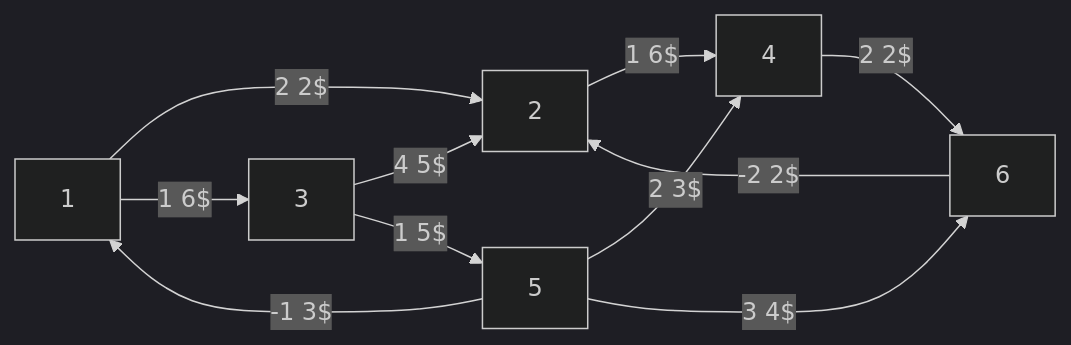
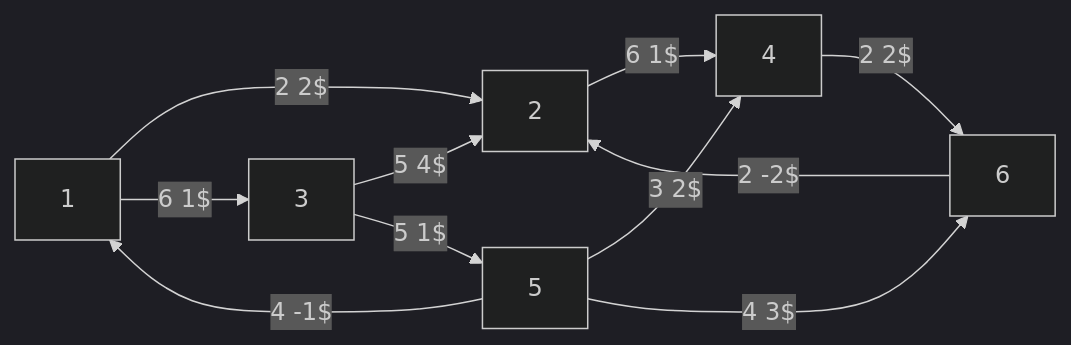
Before and after one commit to SuperSamus/appunti-universitari: the first of 2 diagrams in Ricerca operativa/Problemi di ottimizzazione/Esempi/Esempio ottimizzazione flusso di costo minimo.md, drawn with Mermaid (dark theme). The commit also changed other lines of this file, not shown here.

````diff
--- a/Ricerca operativa/Problemi di ottimizzazione/Esempi/Esempio ottimizzazione flusso di costo minimo.md
+++ b/Ricerca operativa/Problemi di ottimizzazione/Esempi/Esempio ottimizzazione flusso di costo minimo.md
@@ -5,13 +5,13 @@
 ```mermaid
 flowchart LR
 1 --> |2 2$| 2
-1 --> |1 6$| 3
-3 --> |4 5$| 2
-3 --> |1 5$| 5
-2 --> |1 6$| 4
-5 --> |2 3$| 4
+1 --> |6 1$| 3
+3 --> |5 4$| 2
+3 --> |5 1$| 5
+2 --> |6 1$| 4
+5 --> |3 2$| 4
 4 --> |2 2$| 6
-5 --> |3 4$| 6
-5 --> |-1 3$| 1
-6 --> |-2 2$| 2
+5 --> |4 3$| 6
+5 --> |4 -1$| 1
+6 --> |2 -2$| 2
 ```
````
